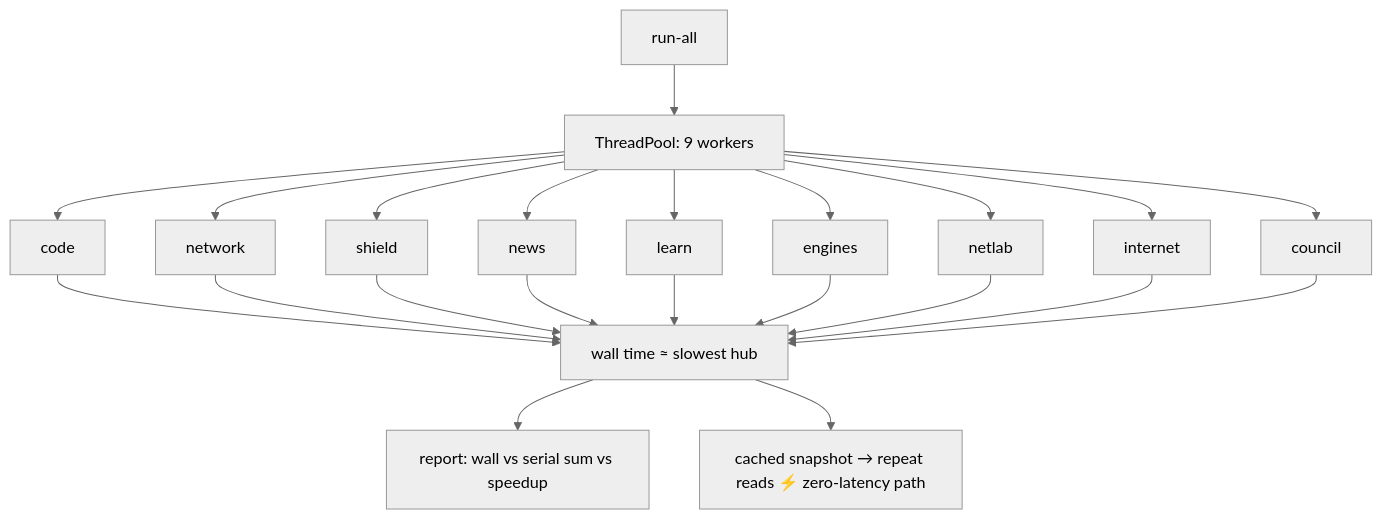
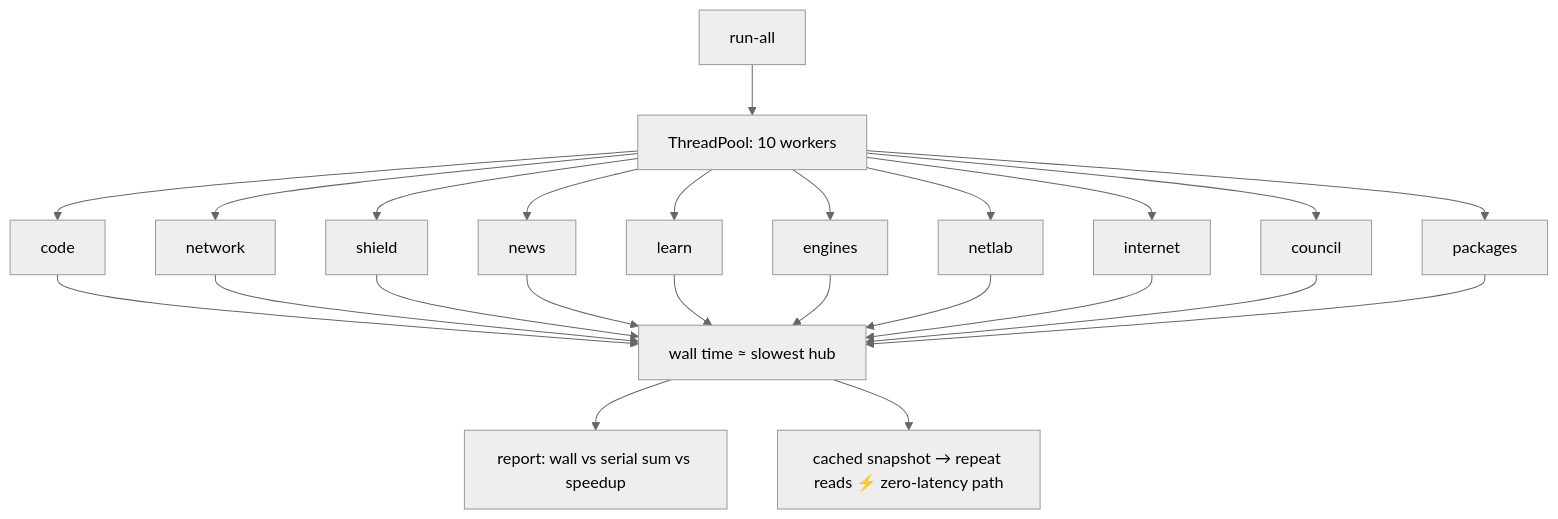
One commit to kimanicollier44-cmyk/NetX changed diagram 16 of 17 in README.md. Above: the diagram before and after it, drawn with Mermaid (neutral theme). The commit also changed other lines of this file and 7 other files, not shown here.

Commit message:
NetX v1.3.0: 10 tarball package seats (32 sources, 15 gates) + pictures paired with mermaid flowcharts

````diff
--- a/README.md
+++ b/README.md
@@ -375,8 +406,8 @@
 ```mermaid
 flowchart TD
-    A[run-all] --> B[ThreadPool: 9 workers]
-    B --> C[code] & D[network] & E[shield] & F[news] & G[learn] & H[engines] & I[netlab] & J[internet] & K[council]
-    C & D & E & F & G & H & I & J & K --> L[wall time ≈ slowest hub]
+    A[run-all] --> B[ThreadPool: 10 workers]
+    B --> C[code] & D[network] & E[shield] & F[news] & G[learn] & H[engines] & I[netlab] & J[internet] & K[council] & P[packages]
+    C & D & E & F & G & H & I & J & K & P --> L[wall time ≈ slowest hub]
     L --> M[report: wall vs serial sum vs speedup]
     L --> N[cached snapshot → repeat reads ⚡ zero-latency path]
 ```
````
